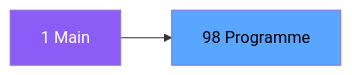
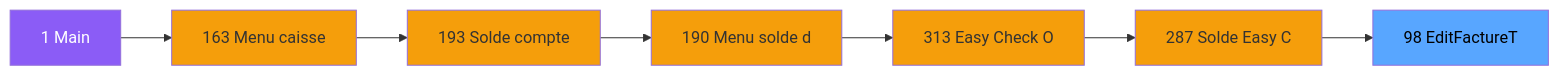
One commit to thonyAGP/magic-migration changed the second of 3 diagrams in .openspec/specs/ADH-IDE-98.md. Above: the diagram before and after it, drawn with Mermaid. The commit also changed other lines of this file and 323 other files, not shown here.

````diff
--- a/.openspec/specs/ADH-IDE-98.md
+++ b/.openspec/specs/ADH-IDE-98.md
@@ -106,8 +116,23 @@
 ```mermaid
 graph LR
     M[1 Main]
-    T[98 Programme]
-    M --> T
+    N163[163 Menu caisse ]
+    N193[193 Solde compte]
+    N190[190 Menu solde d]
+    N313[313 Easy Check O]
+    N287[287 Solde Easy C]
+    T[98 EditFactureT]
+    M --> N163
+    N163 --> N193
+    N193 --> N190
+    N190 --> N313
+    N313 --> N287
+    N287 --> T
     style M fill:#8b5cf6,color:#fff
+    style N163 fill:#f59e0b
+    style N193 fill:#f59e0b
+    style N190 fill:#f59e0b
+    style N313 fill:#f59e0b
+    style N287 fill:#f59e0b
     style T fill:#58a6ff,color:#000
 ```
````
